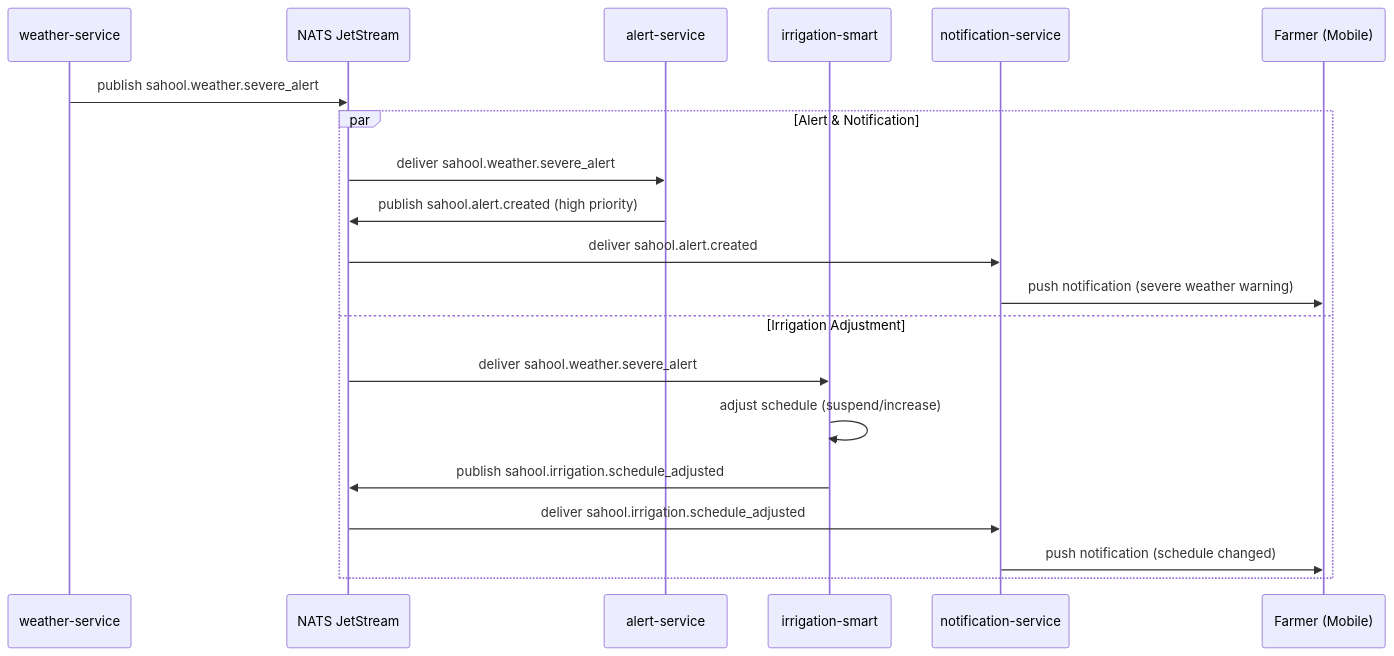
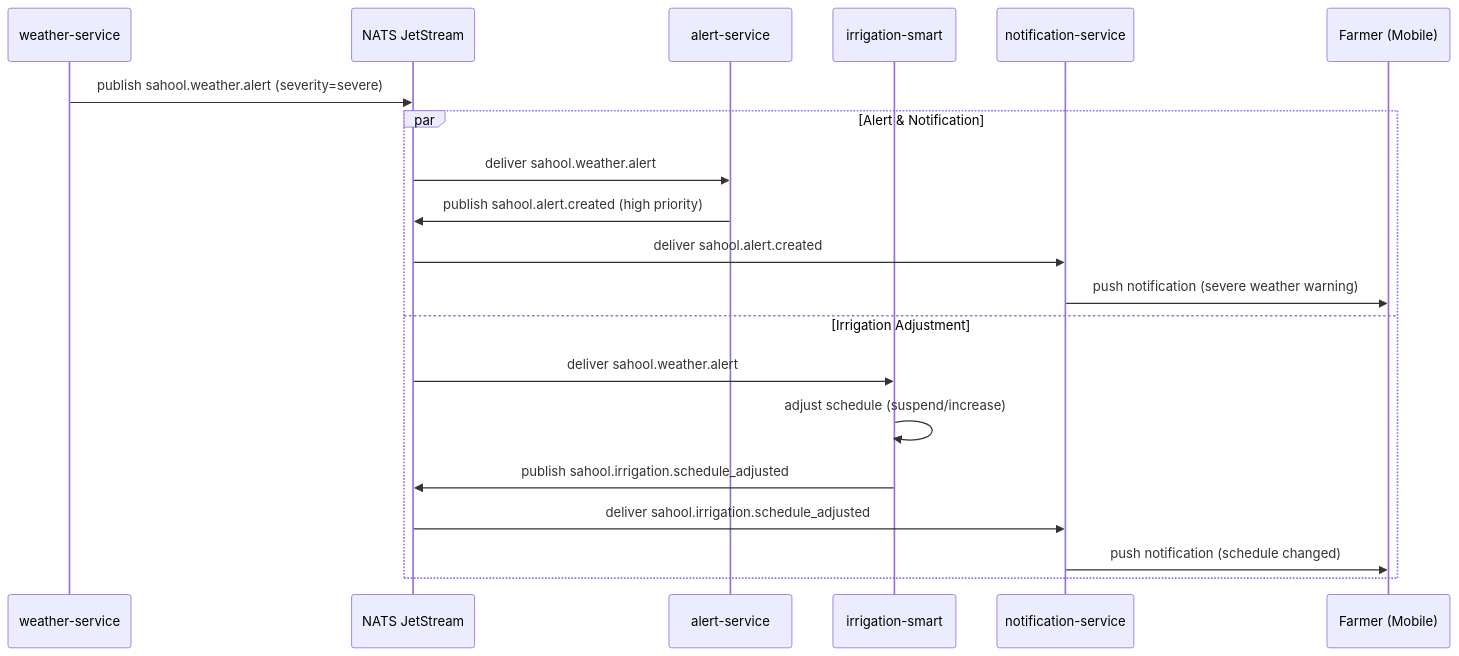
The diagram in idp/eventcatalog/flows/weather-alert-irrigation-adjust/index.md (kafaat/sahool-unified-v15-idp), drawn with Mermaid before and after one commit. The commit also changed other lines of this file, not shown here.

Commit message:
fix(eventcatalog): align weather-alert flow with real subject (sahool.weather.alert)
Copilot review 4130143447 (on PR #1634) flagged that the flow
references sahool.weather.severe_alert — a subject that does not
exist anywhere in the codebase. The real emitter is
`sahool.weather.alert` (see apps/services/alert-service/src/events.py
line 37 WEATHER_ALERT, and the EventCatalog event doc at
idp/eventcatalog/events/weather/sahool.weather.alert/).

Rather than invent a second subject, pass severity in the payload —
the platform convention used elsewhere. Consumers subscribe once
to the generic subject and filter on `severity="severe"` for the
escalation path documented here.

````diff
--- a/idp/eventcatalog/flows/weather-alert-irrigation-adjust/index.md
+++ b/idp/eventcatalog/flows/weather-alert-irrigation-adjust/index.md
@@ -23,23 +23,23 @@
 ```mermaid
 sequenceDiagram
     participant WS as weather-service
     participant NATS as NATS JetStream
     participant AS as alert-service
     participant IS as irrigation-smart
     participant NS as notification-service
     participant F as Farmer (Mobile)
 
-    WS->>NATS: publish sahool.weather.severe_alert
+    WS->>NATS: publish sahool.weather.alert (severity=severe)
     par Alert & Notification
-        NATS->>AS: deliver sahool.weather.severe_alert
+        NATS->>AS: deliver sahool.weather.alert
         AS->>NATS: publish sahool.alert.created (high priority)
         NATS->>NS: deliver sahool.alert.created
         NS->>F: push notification (severe weather warning)
     and Irrigation Adjustment
-        NATS->>IS: deliver sahool.weather.severe_alert
+        NATS->>IS: deliver sahool.weather.alert
         IS->>IS: adjust schedule (suspend/increase)
         IS->>NATS: publish sahool.irrigation.schedule_adjusted
         NATS->>NS: deliver sahool.irrigation.schedule_adjusted
         NS->>F: push notification (schedule changed)
     end
 ```
````
